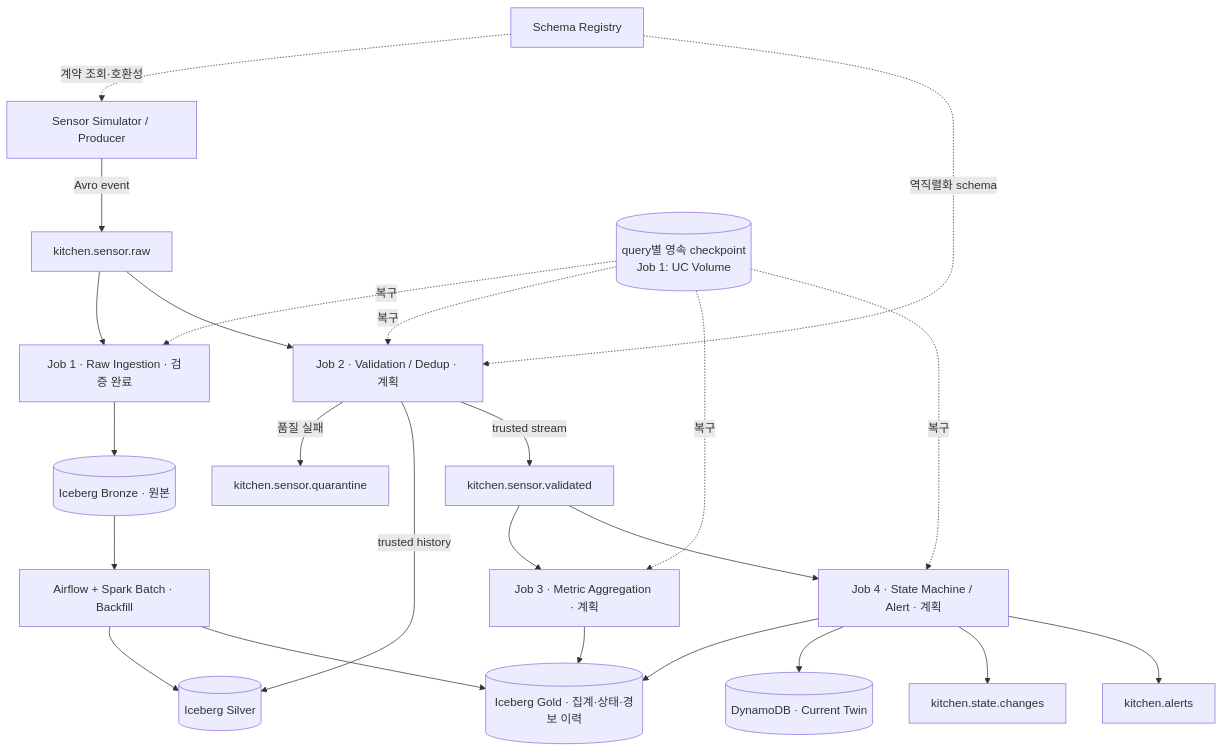
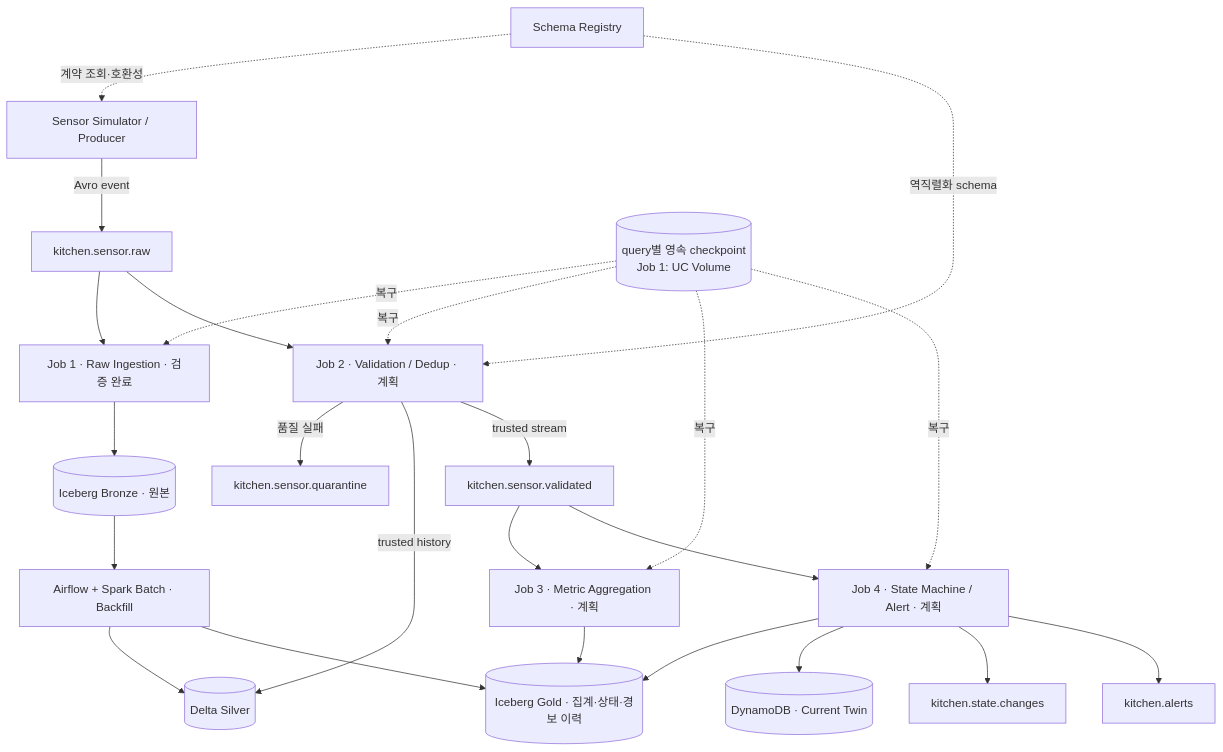
Before and after one commit to yccs-26/kitchen_to_digital: the first of 5 diagrams in docs/architecture/diagrams.md, drawn with Mermaid. The commit also changed 13 other files, not shown here.

Commit message:
refactor(silver): use managed Delta for idempotent writes

````diff
--- a/docs/architecture/diagrams.md
+++ b/docs/architecture/diagrams.md
@@ -13,26 +13,26 @@
 ```mermaid
 flowchart TB
   P[Sensor Simulator / Producer] -->|Avro event| R[kitchen.sensor.raw]
   SR[Schema Registry] -. 계약 조회·호환성 .-> P
   SR -. 역직렬화 schema .-> J2
   R --> J1[Job 1 · Raw Ingestion · 검증 완료]
   R --> J2[Job 2 · Validation / Dedup · 계획]
   J1 --> B[(Iceberg Bronze · 원본)]
   J2 -->|품질 실패| Q[kitchen.sensor.quarantine]
-  J2 -->|trusted history| S[(Iceberg Silver)]
+  J2 -->|trusted history| S[(Delta Silver)]
   J2 -->|trusted stream| V[kitchen.sensor.validated]
   V --> J3[Job 3 · Metric Aggregation · 계획]
   V --> J4[Job 4 · State Machine / Alert · 계획]
   J3 --> G[(Iceberg Gold · 집계·상태·경보 이력)]
   J4 --> G
   J4 --> D[(DynamoDB · Current Twin)]
   J4 --> SC[kitchen.state.changes]
   J4 --> A[kitchen.alerts]
   B --> BF[Airflow + Spark Batch · Backfill]
   BF --> S
   BF --> G
   CP[("query별 영속 checkpoint<br/>Job 1: UC Volume")] -. 복구 .-> J1
   CP -. 복구 .-> J2
   CP -. 복구 .-> J3
   CP -. 복구 .-> J4
 ```
````
